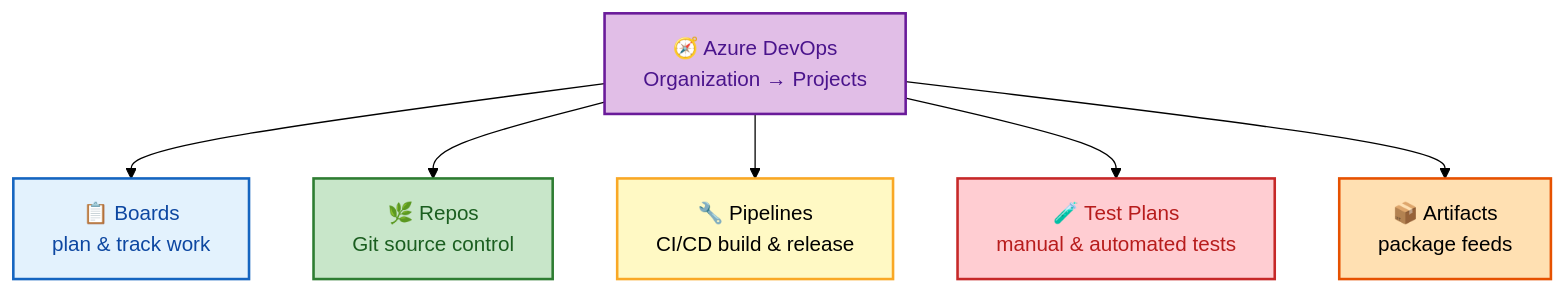
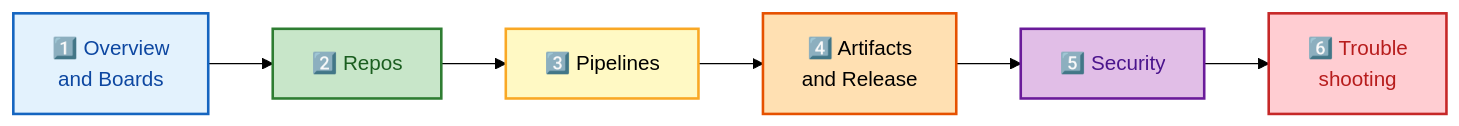
One commit to rakesh-budde/devops-guide changed the second of 2 diagrams in azure-devops/README.md. Above: the diagram before and after it, drawn with Mermaid (forest theme). The commit also changed other lines of this file and 127 other files, not shown here.

````diff
--- a/azure-devops/README.md
+++ b/azure-devops/README.md
@@ -106,21 +81,20 @@
 ```mermaid
-flowchart TB
-    ADO["🧭 Azure DevOps<br/>Organization → Projects"]
-    ADO --> BRD["📋 Boards<br/>plan & track work"]
-    ADO --> REP["🌿 Repos<br/>Git source control"]
-    ADO --> PIP["🔧 Pipelines<br/>CI/CD build & release"]
-    ADO --> TST["🧪 Test Plans<br/>manual & automated tests"]
-    ADO --> ART["📦 Artifacts<br/>package feeds"]
-    class ADO ctrl
-    class BRD start
-    class REP good
-    class PIP proc
-    class TST bad
-    class ART store
+flowchart LR
+    S1["1️⃣ Overview<br/>and Boards"] --> S2["2️⃣ Repos"]
+    S2 --> S3["3️⃣ Pipelines"]
+    S3 --> S4["4️⃣ Artifacts<br/>and Release"]
+    S4 --> S5["5️⃣ Security"]
+    S5 --> S6["6️⃣ Trouble<br/>shooting"]
+    class S1 start
+    class S2 good
+    class S3 proc
+    class S4 store
+    class S5 ctrl
+    class S6 bad
     classDef start fill:#e3f2fd,stroke:#1565c0,color:#0d47a1,stroke-width:2px;
-    classDef proc fill:#fff9c4,stroke:#f9a825,color:#000,stroke-width:2px;
-    classDef good fill:#c8e6c9,stroke:#2e7d32,color:#1b5e20,stroke-width:2px;
-    classDef bad fill:#ffcdd2,stroke:#c62828,color:#b71c1c,stroke-width:2px;
-    classDef ctrl fill:#e1bee7,stroke:#6a1b9a,color:#4a148c,stroke-width:2px;
+    classDef proc  fill:#fff9c4,stroke:#f9a825,color:#000,stroke-width:2px;
+    classDef good  fill:#c8e6c9,stroke:#2e7d32,color:#1b5e20,stroke-width:2px;
+    classDef bad   fill:#ffcdd2,stroke:#c62828,color:#b71c1c,stroke-width:2px;
+    classDef ctrl  fill:#e1bee7,stroke:#6a1b9a,color:#4a148c,stroke-width:2px;
     classDef store fill:#ffe0b2,stroke:#e65100,color:#000,stroke-width:2px;
 ```
````
